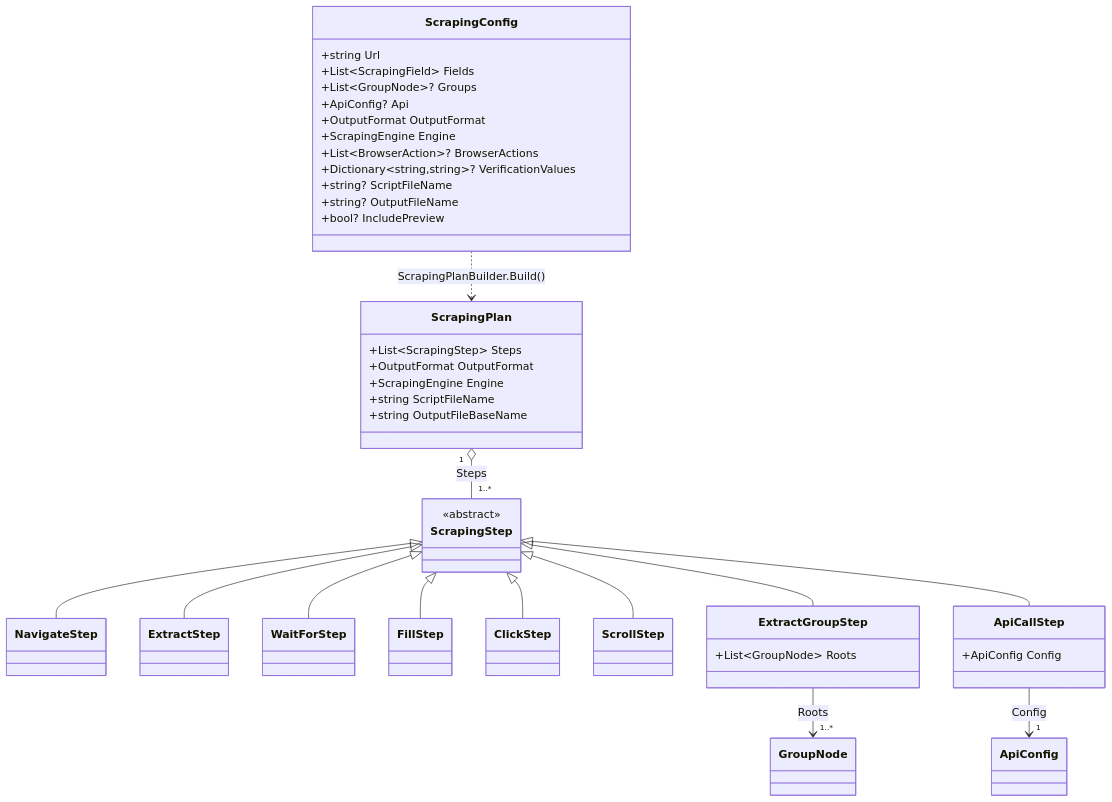
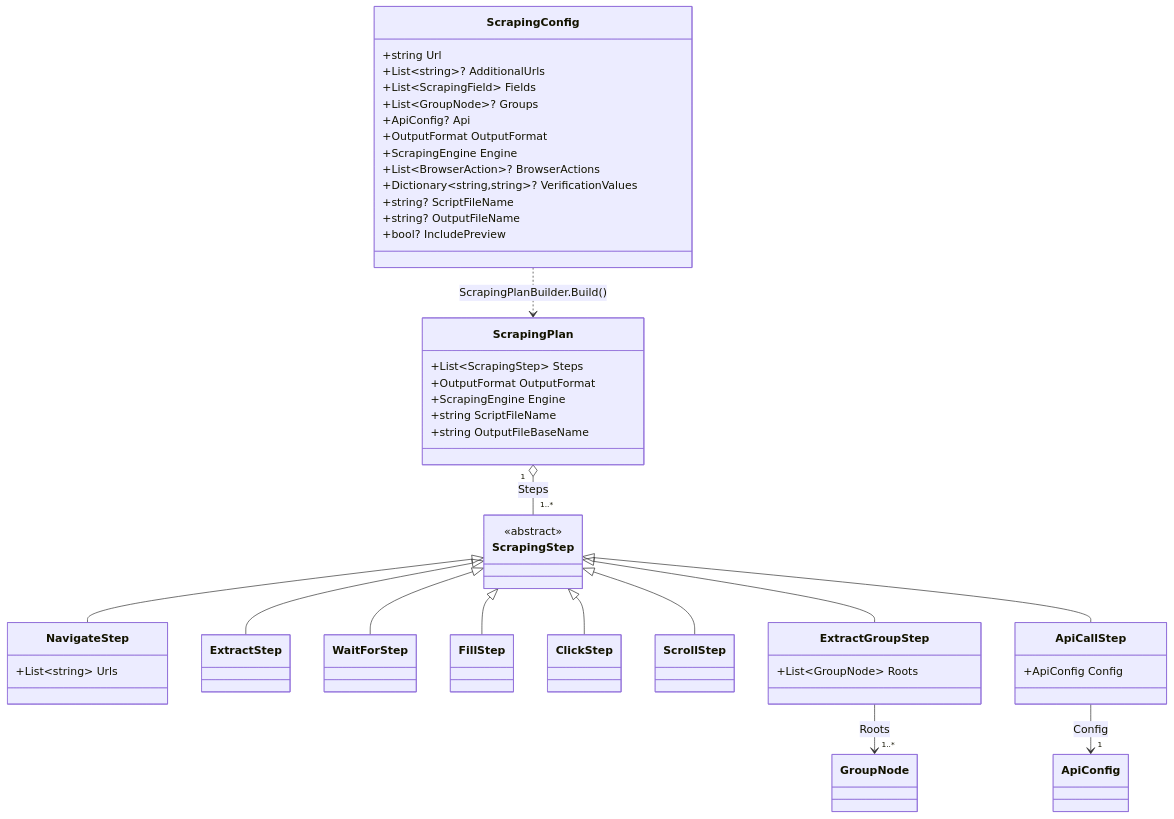
Before and after one commit to Aventinis/Scraping-Factory: the fourth of 7 diagrams in docs/ARCHITECTURE.md, drawn with Mermaid. The commit also changed other lines of this file and 1 other file, not shown here.

First line of the commit message:
docs(multiple-start-urls): document Issue #83 across CLAUDE.md/ARCHITECTURE.md

````diff
--- a/docs/ARCHITECTURE.md
+++ b/docs/ARCHITECTURE.md
@@ -557,46 +594,47 @@
 ```mermaid
 classDiagram
     class ScrapingConfig {
         +string Url
+        +List~string~? AdditionalUrls
         +List~ScrapingField~ Fields
         +List~GroupNode~? Groups
         +ApiConfig? Api
         +OutputFormat OutputFormat
         +ScrapingEngine Engine
         +List~BrowserAction~? BrowserActions
         +Dictionary~string,string~? VerificationValues
         +string? ScriptFileName
         +string? OutputFileName
         +bool? IncludePreview
     }
     class ScrapingPlan {
         +List~ScrapingStep~ Steps
         +OutputFormat OutputFormat
         +ScrapingEngine Engine
         +string ScriptFileName
         +string OutputFileBaseName
     }
     class ScrapingStep { <<abstract>> }
-    class NavigateStep
+    class NavigateStep { +List~string~ Urls }
     class ExtractStep
     class WaitForStep
     class FillStep
     class ClickStep
     class ScrollStep
     class ExtractGroupStep { +List~GroupNode~ Roots }
     class ApiCallStep { +ApiConfig Config }
 
     ScrapingStep <|-- NavigateStep
     ScrapingStep <|-- ExtractStep
     ScrapingStep <|-- WaitForStep
     ScrapingStep <|-- FillStep
     ScrapingStep <|-- ClickStep
     ScrapingStep <|-- ScrollStep
     ScrapingStep <|-- ExtractGroupStep
     ScrapingStep <|-- ApiCallStep
 
     ScrapingConfig ..> ScrapingPlan : ScrapingPlanBuilder.Build()
     ScrapingPlan "1" o-- "1..*" ScrapingStep : Steps
     ExtractGroupStep --> "1..*" GroupNode : Roots
     ApiCallStep --> "1" ApiConfig : Config
 ```
````
